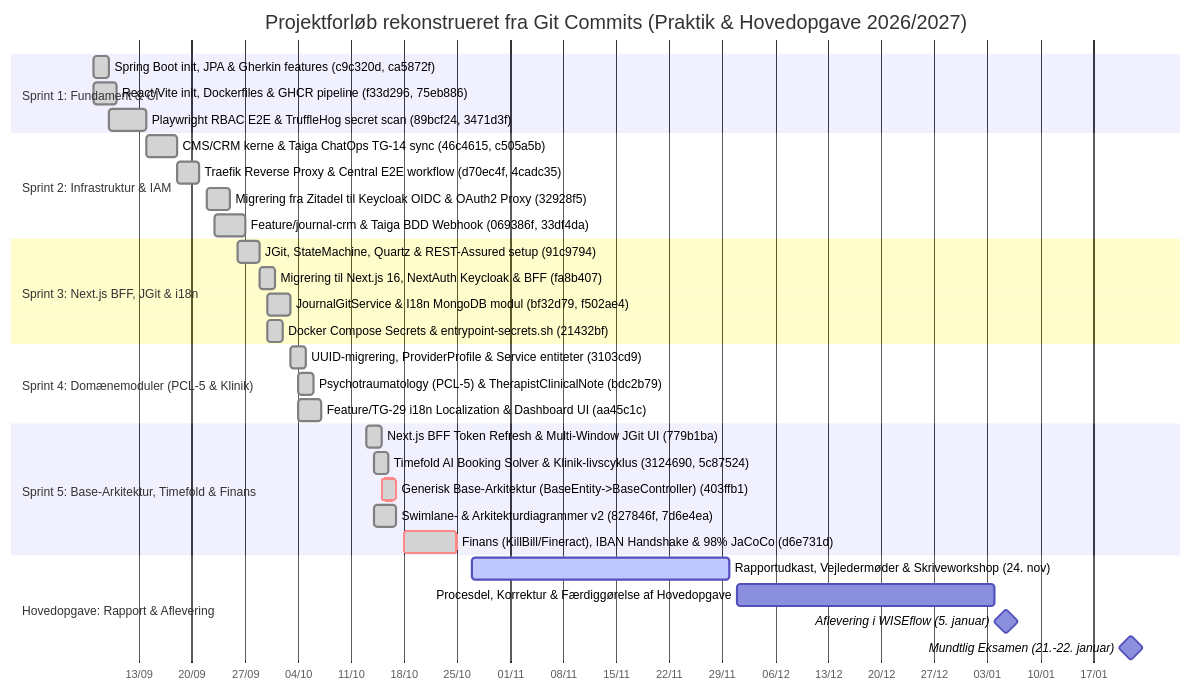
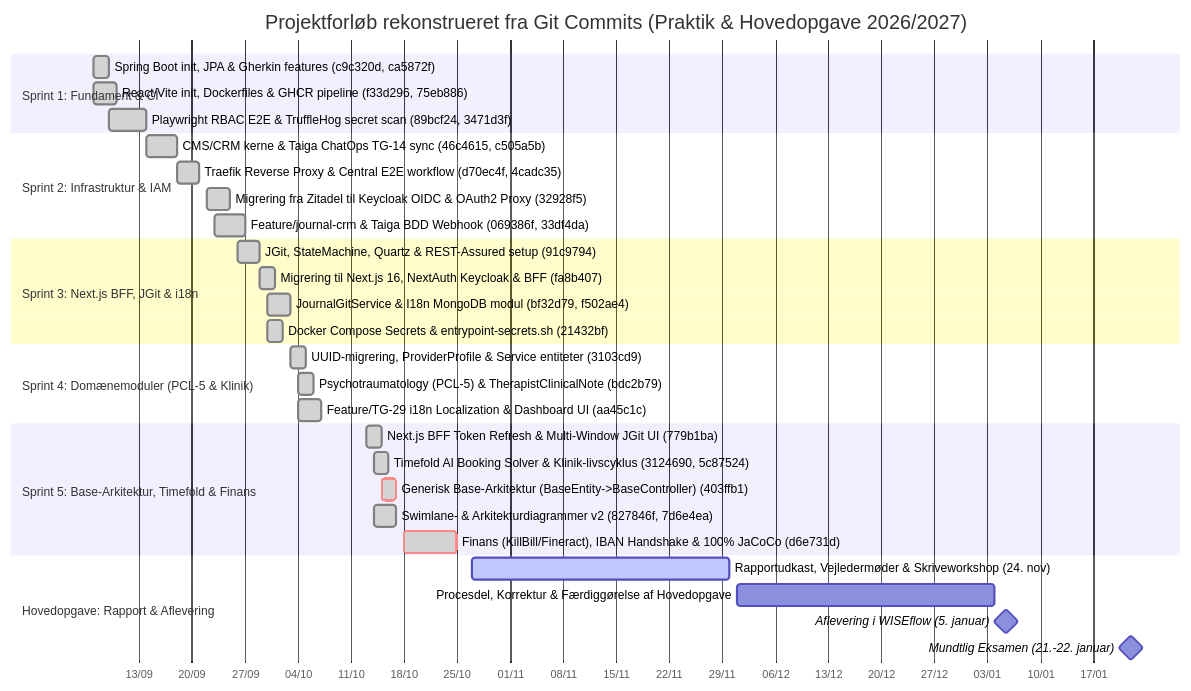
The first of 25 diagrams in HOVEDOPGAVE_DIAGRAMMER.md (7-3-N-3-7/api), drawn with Mermaid before and after one commit. The commit also changed other lines of this file and 68 other files, not shown here.

````diff
--- a/HOVEDOPGAVE_DIAGRAMMER.md
+++ b/HOVEDOPGAVE_DIAGRAMMER.md
@@ -38,41 +38,41 @@
 ```mermaid
 gantt
     title Projektforløb rekonstrueret fra Git Commits (Praktik & Hovedopgave 2026/2027)
     dateFormat  YYYY-MM-DD
     axisFormat  %d/%m
 
     section Sprint 1: Fundament & CI
     Spring Boot init, JPA & Gherkin features (c9c320d, ca5872f)       :done, s1_1, 2026-09-07, 2026-09-09
     React/Vite init, Dockerfiles & GHCR pipeline (f33d296, 75eb886)   :done, s1_2, 2026-09-07, 2026-09-10
     Playwright RBAC E2E & TruffleHog secret scan (89bcf24, 3471d3f)   :done, s1_3, 2026-09-09, 2026-09-14
 
     section Sprint 2: Infrastruktur & IAM
     CMS/CRM kerne & Taiga ChatOps TG-14 sync (46c4615, c505a5b)       :done, s2_1, 2026-09-14, 2026-09-18
     Traefik Reverse Proxy & Central E2E workflow (d70ec4f, 4cadc35)   :done, s2_2, 2026-09-18, 2026-09-21
     Migrering fra Zitadel til Keycloak OIDC & OAuth2 Proxy (32928f5)  :done, s2_3, 2026-09-22, 2026-09-25
     Feature/journal-crm & Taiga BDD Webhook (069386f, 33df4da)        :done, s2_4, 2026-09-23, 2026-09-27
 
     section Sprint 3: Next.js BFF, JGit & i18n
     JGit, StateMachine, Quartz & REST-Assured setup (91c9794)         :done, s3_1, 2026-09-26, 2026-09-29
     Migrering til Next.js 16, NextAuth Keycloak & BFF (fa8b407)       :done, s3_2, 2026-09-29, 2026-10-01
     JournalGitService & I18n MongoDB modul (bf32d79, f502ae4)         :done, s3_3, 2026-09-30, 2026-10-03
     Docker Compose Secrets & entrypoint-secrets.sh (21432bf)          :done, s3_4, 2026-09-30, 2026-10-02
 
     section Sprint 4: Domænemoduler (PCL-5 & Klinik)
     UUID-migrering, ProviderProfile & Service entiteter (3103cd9)     :done, s4_1, 2026-10-03, 2026-10-05
     Psychotraumatology (PCL-5) & TherapistClinicalNote (bdc2b79)      :done, s4_2, 2026-10-04, 2026-10-06
     Feature/TG-29 i18n Localization & Dashboard UI (aa45c1c)          :done, s4_3, 2026-10-04, 2026-10-07
 
     section Sprint 5: Base-Arkitektur, Timefold & Finans
     Next.js BFF Token Refresh & Multi-Window JGit UI (779b1ba)        :done, s5_1, 2026-10-13, 2026-10-15
     Timefold AI Booking Solver & Klinik-livscyklus (3124690, 5c87524) :done, s5_2, 2026-10-14, 2026-10-16
     Generisk Base-Arkitektur (BaseEntity->BaseController) (403ffb1)   :crit, done, s5_3, 2026-10-15, 2026-10-17
     Swimlane- & Arkitekturdiagrammer v2 (827846f, 7d6e4ea)            :done, s5_4, 2026-10-14, 2026-10-17
-    Finans (KillBill/Fineract), IBAN Handshake & 98% JaCoCo (d6e731d) :crit, done, s5_5, 2026-10-18, 2026-10-25
+    Finans (KillBill/Fineract), IBAN Handshake & 100% JaCoCo (d6e731d) :crit, done, s5_5, 2026-10-18, 2026-10-25
 
     section Hovedopgave: Rapport & Aflevering
     Rapportudkast, Vejledermøder & Skriveworkshop (24. nov)           :active, h1, 2026-10-27, 2026-11-30
     Procesdel, Korrektur & Færdiggørelse af Hovedopgave               :h2, 2026-12-01, 2027-01-04
     Aflevering i WISEflow (5. januar)                                 :milestone, m1, 2027-01-05, 1d
     Mundtlig Eksamen (21.-22. januar)                                 :milestone, m2, 2027-01-21, 2d
 ```
````
